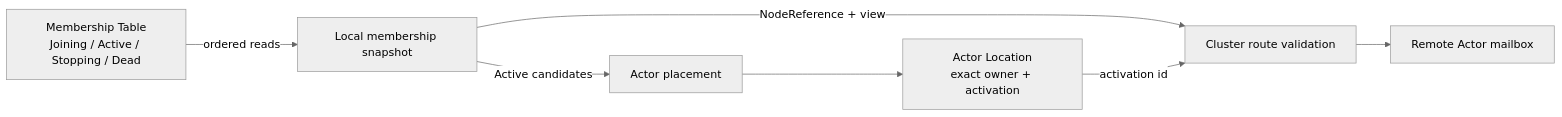
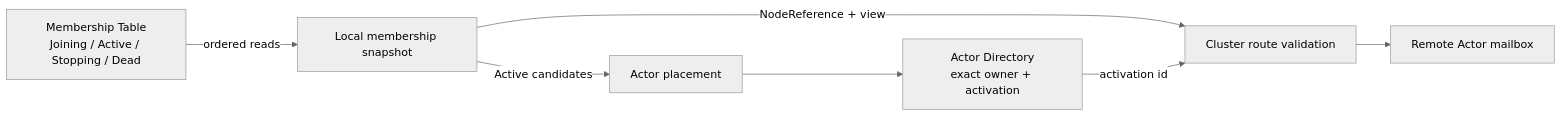
One commit to bruce48x/Lakona changed the first of 5 diagrams in docs/cluster.md. Above: the diagram before and after it, drawn with Mermaid (neutral theme). The commit also changed other lines of this file and 58 other files, not shown here.

Commit message:
Replace Actor Location with strong Actor Directory

````diff
--- a/docs/cluster.md
+++ b/docs/cluster.md
@@ -19,15 +19,15 @@
 ```mermaid
 flowchart LR
     T["Membership Table<br/>Joining / Active / Stopping / Dead"]
     M["Local membership snapshot"]
     P["Actor placement"]
-    A["Actor Location<br/>exact owner + activation"]
+    A["Actor Directory<br/>exact owner + activation"]
     R["Cluster route validation"]
 
     T -->|"ordered reads"| M
     M -->|"Active candidates"| P
     P --> A
     M -->|"NodeReference + view"| R
     A -->|"activation id"| R
     R --> B["Remote Actor mailbox"]
 ```
````
